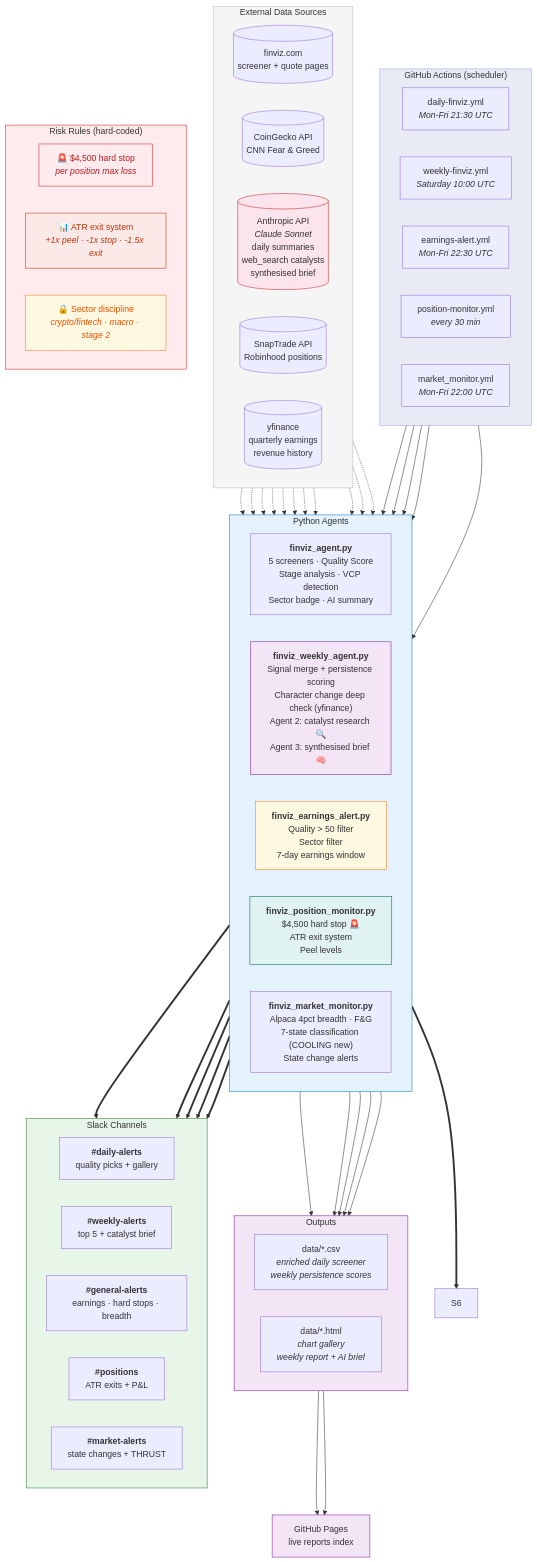
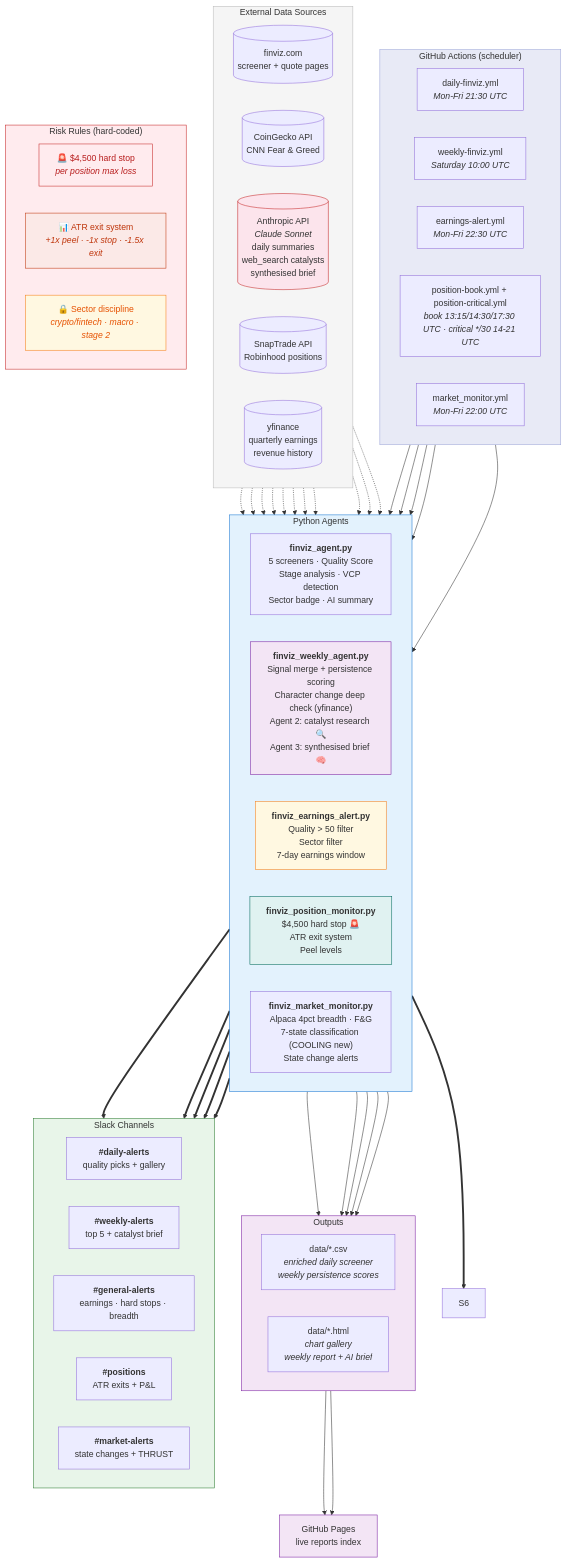
Before and after one commit to AnanthSrinivasan/finviz-screener-agent: the diagram in SYSTEM_DOCS.md, drawn with Mermaid. The commit also changed other lines of this file and 10 other files, not shown here.

```diff
--- a/SYSTEM_DOCS.md
+++ b/SYSTEM_DOCS.md
@@ -37,7 +37,7 @@
         W1["daily-finviz.yml<br/><i>Mon-Fri 21:30 UTC</i>"]
         W2["weekly-finviz.yml<br/><i>Saturday 10:00 UTC</i>"]
         W3["earnings-alert.yml<br/><i>Mon-Fri 22:30 UTC</i>"]
-        W4["position-monitor.yml<br/><i>every 30 min</i>"]
+        W4["position-book.yml + position-critical.yml<br/><i>book 13:15/14:30/17:30 UTC · critical */30 14-21 UTC</i>"]
         W5["market_monitor.yml<br/><i>Mon-Fri 22:00 UTC</i>"]
     end
 
```
